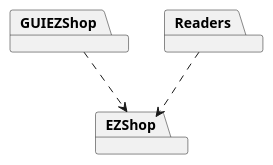
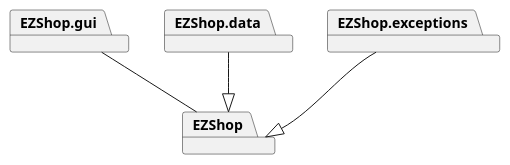
The first of 21 diagrams in Deliverables/DesignDocument.md (Stormz4/group20-EzShop), drawn with PlantUML before and after one commit. The commit also changed other lines of this file, not shown here.

````diff
--- a/Deliverables/DesignDocument.md
+++ b/Deliverables/DesignDocument.md
@@ -35,9 +35,11 @@
 ```plantuml
 @startuml
-package GUIEZShop
+package EZShop.gui
 package EZShop
-package Readers
-GUIEZShop ..> EZShop
-Readers ..> EZShop
+package EZShop.data
+package EZShop.exceptions
+EZShop.gui -- EZShop
+EZShop.exceptions --|> EZShop
+EZShop.data --|> EZShop
 @enduml
 ```
````
